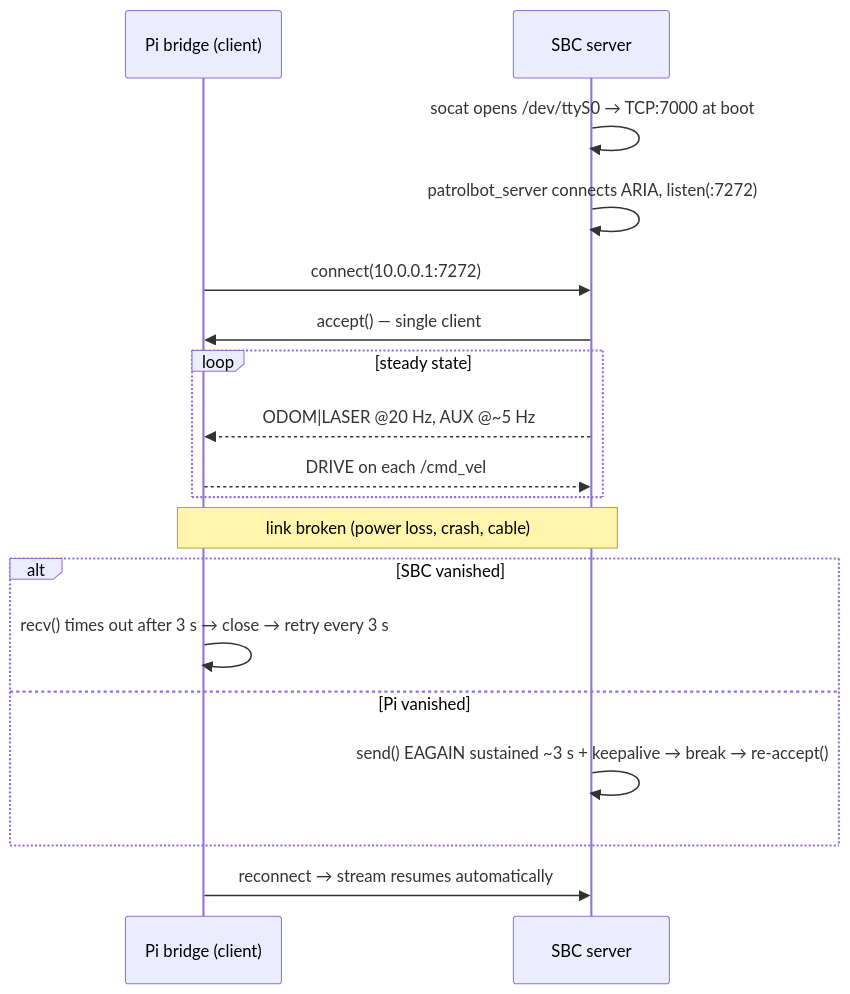
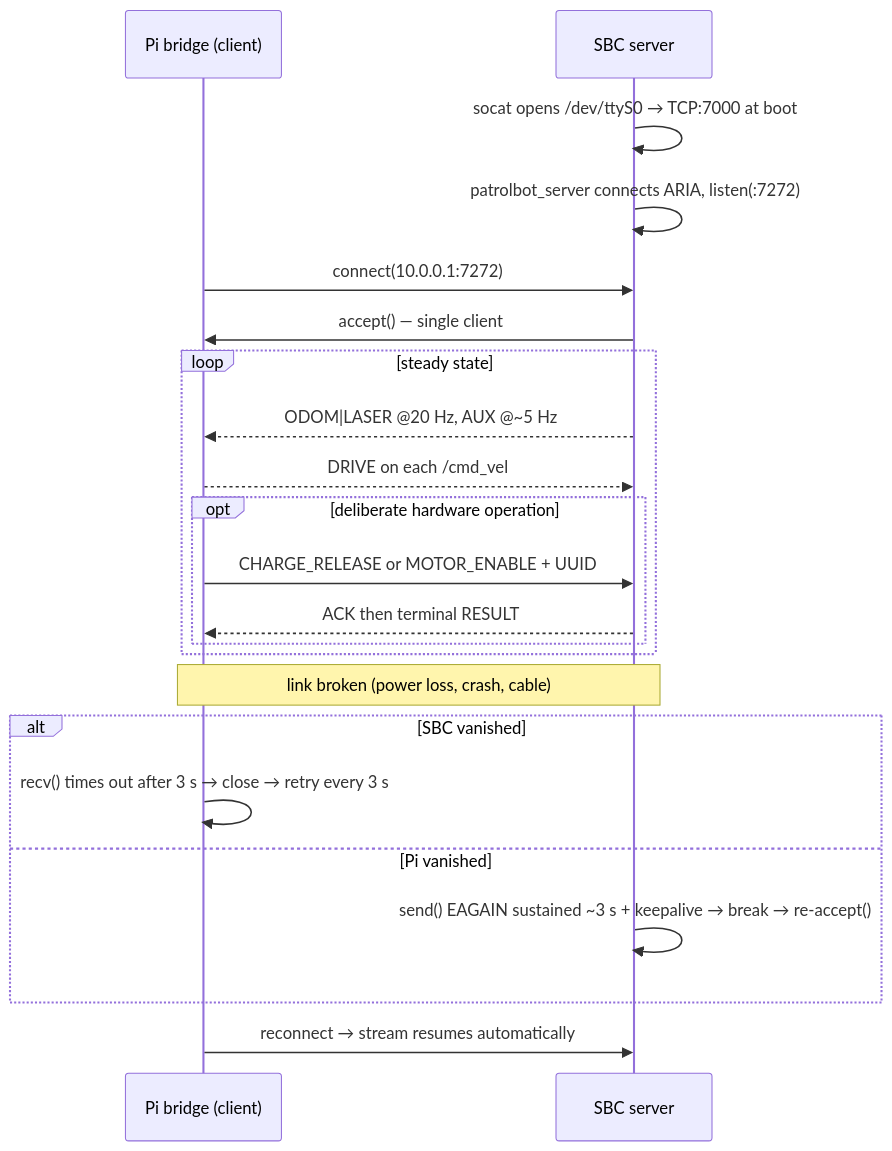
Before and after one commit to cmu-impactlab/patrolbot: the second of 2 diagrams in docs/architecture/communication-architecture.md, drawn with Mermaid. The commit also changed other lines of this file and 38 other files, not shown here.

````diff
--- a/docs/architecture/communication-architecture.md
+++ b/docs/architecture/communication-architecture.md
@@ -107,21 +131,25 @@
 ```mermaid
 sequenceDiagram
     participant Pi as Pi bridge (client)
     participant SBC as SBC server
 
     SBC->>SBC: socat opens /dev/ttyS0 → TCP:7000 at boot
     SBC->>SBC: patrolbot_server connects ARIA, listen(:7272)
     Pi->>SBC: connect(10.0.0.1:7272)
     SBC->>Pi: accept() — single client
     loop steady state
         SBC-->>Pi: ODOM|LASER @20 Hz, AUX @~5 Hz
         Pi-->>SBC: DRIVE on each /cmd_vel
+        opt deliberate hardware operation
+            Pi->>SBC: CHARGE_RELEASE or MOTOR_ENABLE + UUID
+            SBC-->>Pi: ACK then terminal RESULT
+        end
     end
     Note over Pi,SBC: link broken (power loss, crash, cable)
     alt SBC vanished
         Pi->>Pi: recv() times out after 3 s → close → retry every 3 s
     else Pi vanished
         SBC->>SBC: send() EAGAIN sustained ~3 s + keepalive → break → re-accept()
     end
     Pi->>SBC: reconnect → stream resumes automatically
 ```
````
